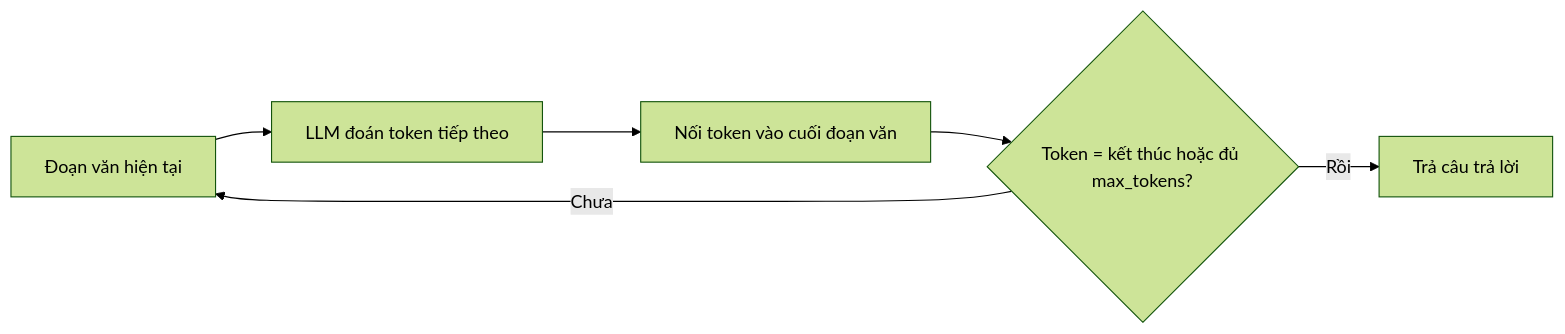
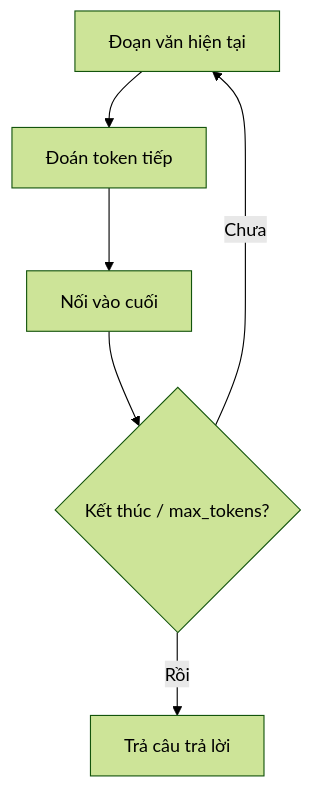
The first of 2 diagrams in academy/curriculum/L03-goi-llm-dau-tien/lesson.md (ht-nah98/ai-academy), drawn with Mermaid (forest theme) before and after one commit. The commit also changed other lines of this file and 54 other files, not shown here.

````diff
--- a/academy/curriculum/L03-goi-llm-dau-tien/lesson.md
+++ b/academy/curriculum/L03-goi-llm-dau-tien/lesson.md
@@ -35,8 +35,8 @@
 ```mermaid
-flowchart LR
-    A["Đoạn văn hiện tại"] --> B["LLM đoán token tiếp theo"]
-    B --> C["Nối token vào cuối đoạn văn"]
-    C --> D{"Token = kết thúc hoặc đủ max_tokens?"}
+flowchart TD
+    A["Đoạn văn hiện tại"] --> B["Đoán token tiếp"]
+    B --> C["Nối vào cuối"]
+    C --> D{"Kết thúc / max_tokens?"}
     D -- "Chưa" --> A
     D -- "Rồi" --> E["Trả câu trả lời"]
 ```
````
